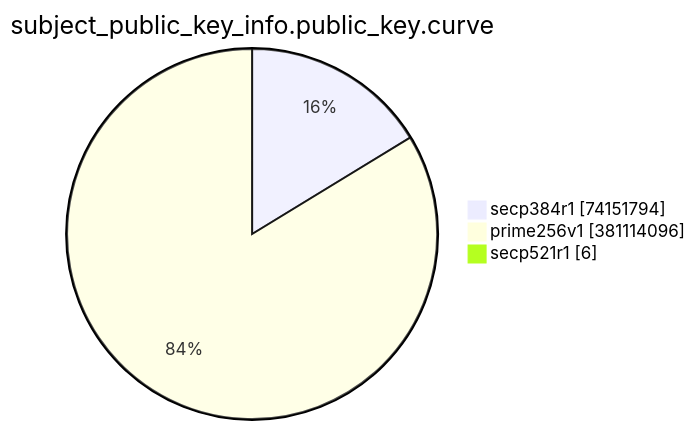
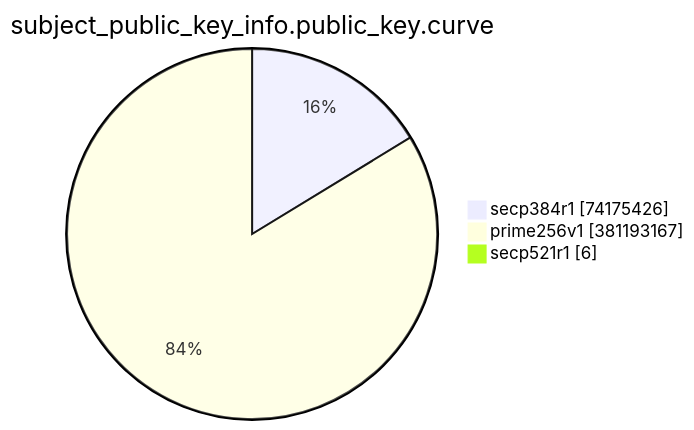
One commit to christiankrug/ctmonitor_visualization changed the eighth of 15 diagrams in TOTAL/README.md. Above: the diagram before and after it, drawn with Mermaid. The commit also changed other lines of this file, not shown here.

````diff
--- a/TOTAL/README.md
+++ b/TOTAL/README.md
@@ -3094,7 +3094,7 @@
 ```mermaid
 pie showData
 title subject_public_key_info.public_key.curve
-"secp384r1" :74151794
-"prime256v1" :381114096
+"secp384r1" :74175426
+"prime256v1" :381193167
 "secp521r1" :6
 ```
````
